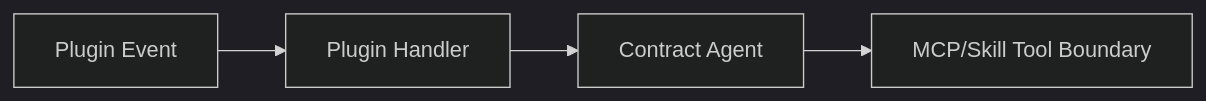
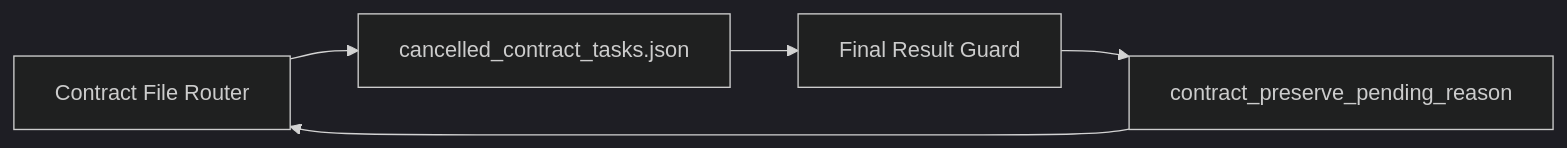
Before and after one commit to Ri0n72Y/ContractBotConfig: the fourth of 4 diagrams in plugins/astrbot_plugin_wecom_final_result_guard/README.md, drawn with Mermaid (dark theme). The commit also changed other lines of this file, not shown here.

Commit message:
docs(guard): add normalization pipeline UML

````diff
--- a/plugins/astrbot_plugin_wecom_final_result_guard/README.md
+++ b/plugins/astrbot_plugin_wecom_final_result_guard/README.md
@@ -13,6 +107,12 @@
 ```mermaid
 flowchart LR
-    Event[Plugin Event] --> Handler[Plugin Handler]
-    Handler --> Agent[Contract Agent]
-    Agent --> Tool[MCP/Skill Tool Boundary]
+    Router[Contract File Router]
+    Registry[cancelled_contract_tasks.json]
+    EventExtra[contract_preserve_pending_reason]
+    Guard[Final Result Guard]
+
+    Router --> Registry
+    Registry --> Guard
+    Guard --> EventExtra
+    EventExtra --> Router
 ```
````
